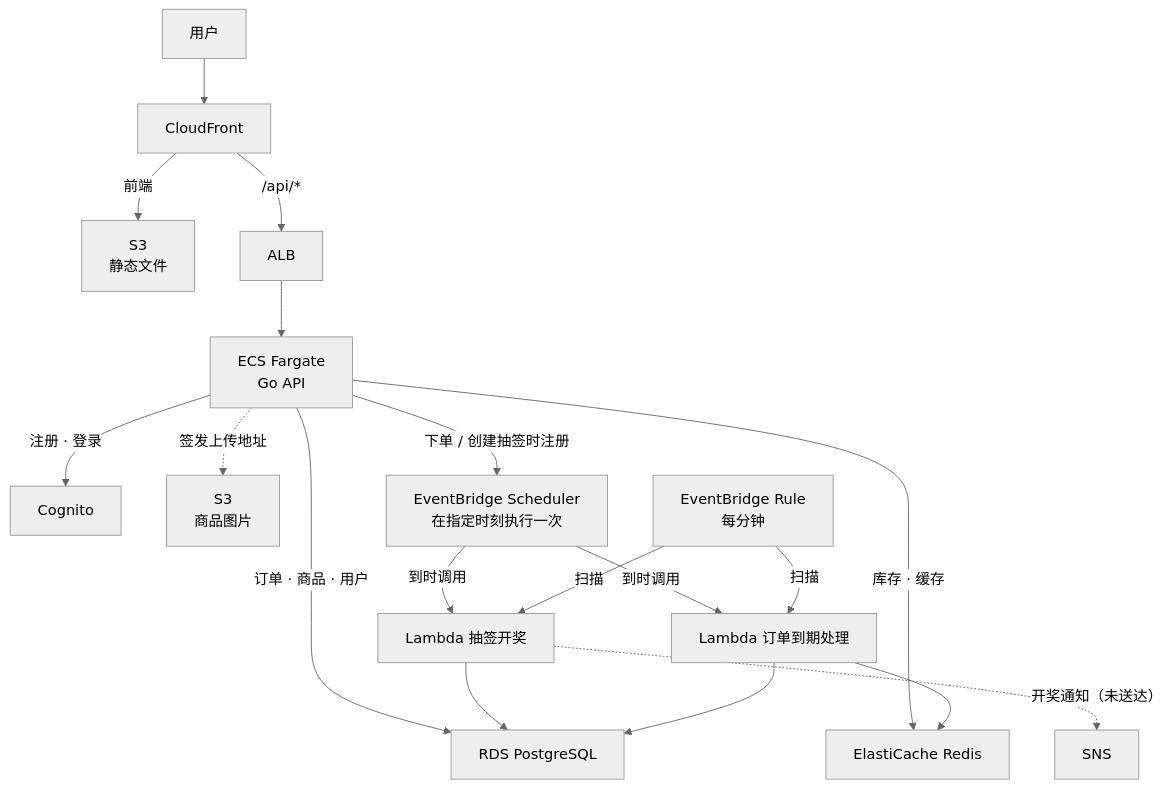
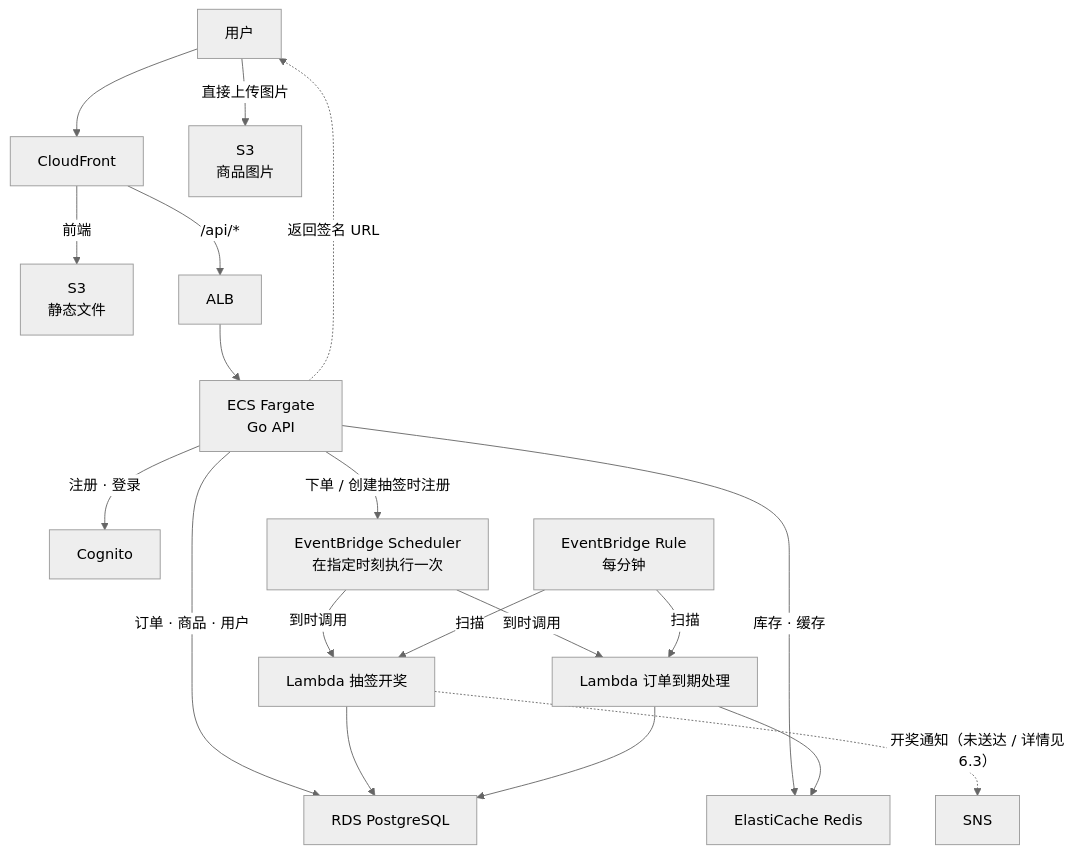
Before and after one commit to jessehub777/flashbuy: the first of 4 diagrams in README_zh.md, drawn with Mermaid (neutral theme). The commit also changed other lines of this file and 1 other file, not shown here.

````diff
--- a/README_zh.md
+++ b/README_zh.md
@@ -56,20 +45,21 @@
 ```mermaid
 flowchart TB
   U["用户"] --> CF["CloudFront"]
   CF -->|前端| S3F["S3<br/>静态文件"]
   CF -->|"/api/*"| ALB["ALB"]
   ALB --> ECS["ECS Fargate<br/>Go API"]
   ECS -->|"订单 · 商品 · 用户"| RDS["RDS PostgreSQL"]
   ECS -->|"库存 · 缓存"| RD["ElastiCache Redis"]
   ECS -->|"注册 · 登录"| COG["Cognito"]
-  ECS -.->|"签发上传地址"| S3I["S3<br/>商品图片"]
+  ECS -.->|"返回签名 URL"| U
+  U -->|"直接上传图片"| S3I["S3<br/>商品图片"]
   ECS -->|"下单 / 创建抽签时注册"| SCH["EventBridge Scheduler<br/>在指定时刻执行一次"]
   SCH -->|到时调用| L1["Lambda 抽签开奖"]
   SCH -->|到时调用| L2["Lambda 订单到期处理"]
   RULE["EventBridge Rule<br/>每分钟"] -->|扫描| L1
   RULE -->|扫描| L2
   L1 --> RDS
-  L1 -.->|"开奖通知（未送达）"| SNS["SNS"]
+  L1 -.->|"开奖通知（未送达 / 详情见6.3）"| SNS["SNS"]
   L2 --> RDS
   L2 --> RD
 ```
````
